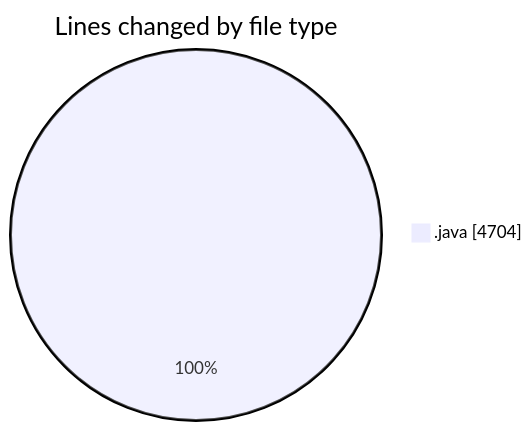
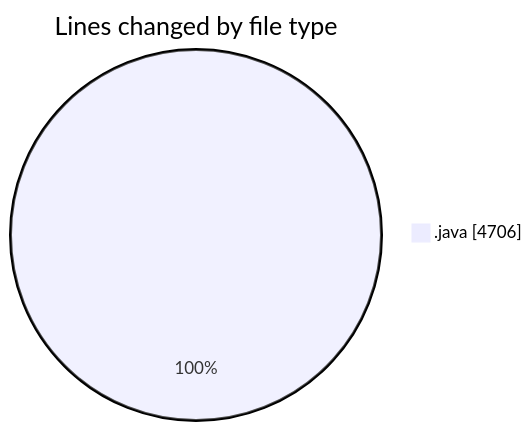
Before and after one commit to ricardozamudiocil/code-tracking: the first of 2 diagrams in 2026-04-09/cilapp/README.md, drawn with Mermaid. The commit also changed other lines of this file and 1 other file, not shown here.

````diff
--- a/2026-04-09/cilapp/README.md
+++ b/2026-04-09/cilapp/README.md
@@ -26,5 +26,5 @@
 ```mermaid
 pie showData
 title Lines changed by file type
-".java" : 4704
+".java" : 4706
 ```
````
